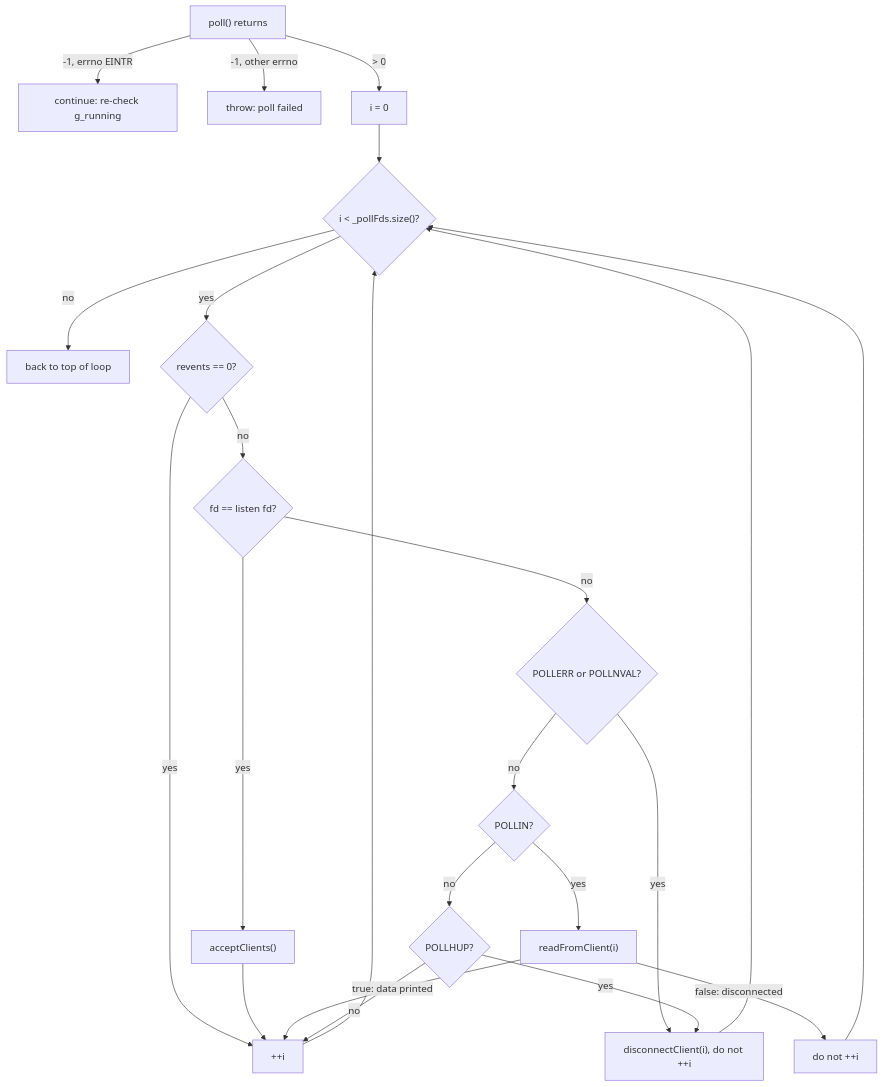
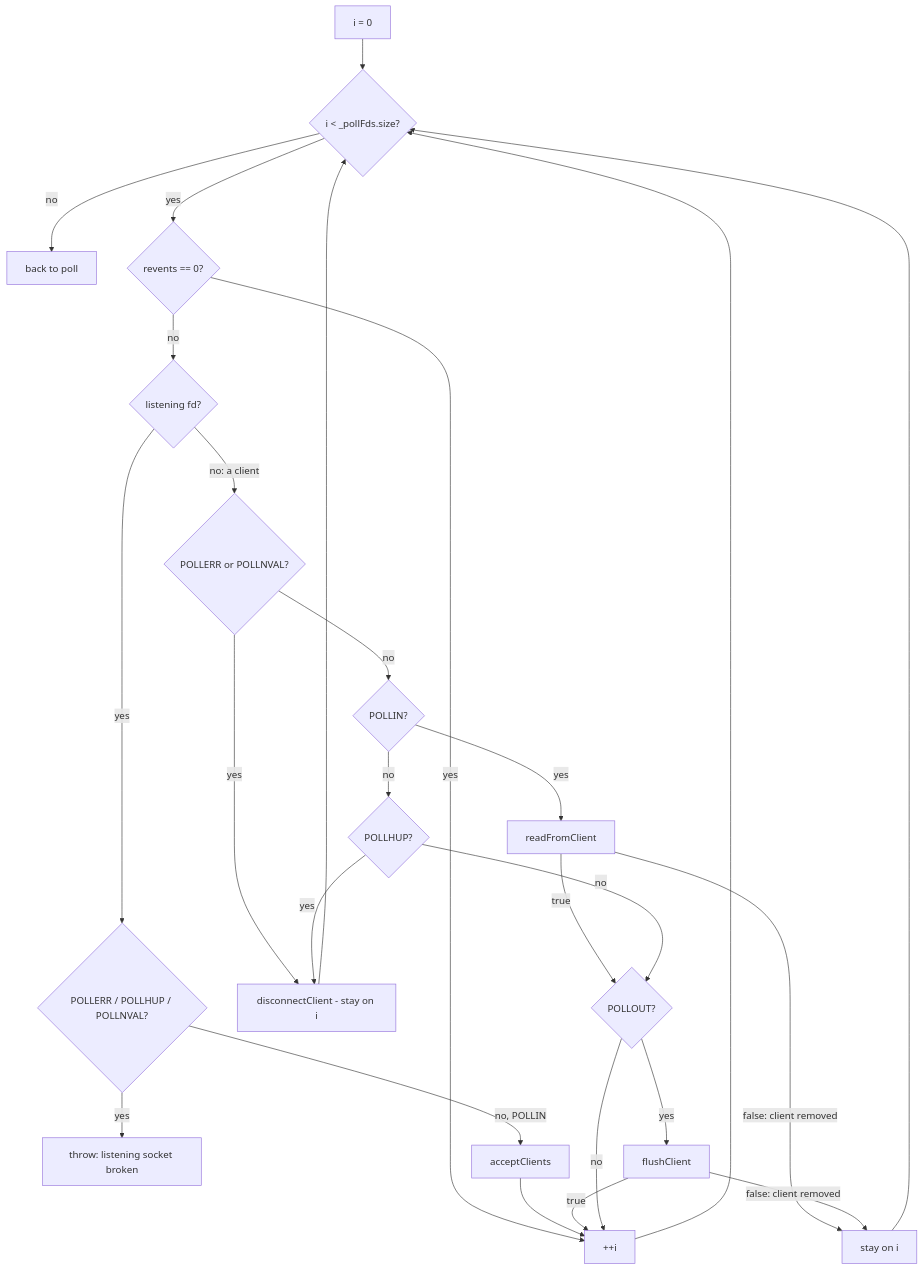
One commit to AAnaPereiraa/ft_irc changed the third of 10 diagrams in docs/accept-poll-workflow.md. Above: the diagram before and after it, drawn with Mermaid. The commit also changed other lines of this file, not shown here.

````diff
--- a/docs/accept-poll-workflow.md
+++ b/docs/accept-poll-workflow.md
@@ -93,24 +219,27 @@
 ```mermaid
 flowchart TD
-  P["poll() returns"] -->|"-1, errno EINTR"| R["continue: re-check g_running"]
-  P -->|"-1, other errno"| T["throw: poll failed"]
-  P -->|"> 0"| I["i = 0"]
-  I --> Q{"i < _pollFds.size()?"}
-  Q -->|"no"| DONE["back to top of loop"]
+  I["i = 0"] --> Q{"i < _pollFds.size?"}
+  Q -->|"no"| DONE["back to poll"]
   Q -->|"yes"| Z{"revents == 0?"}
   Z -->|"yes"| N["++i"]
-  Z -->|"no"| LF{"fd == listen fd?"}
-  LF -->|"yes"| ACC["acceptClients()"] --> N
-  LF -->|"no"| ER{"POLLERR or POLLNVAL?"}
-  ER -->|"yes"| DC["disconnectClient(i), do not ++i"]
+  Z -->|"no"| LF{"listening fd?"}
+  LF -->|"yes"| LE{"POLLERR / POLLHUP / POLLNVAL?"}
+  LE -->|"yes"| TH["throw: listening socket broken"]
+  LE -->|"no, POLLIN"| ACC["acceptClients"] --> N
+  LF -->|"no: a client"| ER{"POLLERR or POLLNVAL?"}
+  ER -->|"yes"| DC["disconnectClient - stay on i"]
   ER -->|"no"| IN{"POLLIN?"}
-  IN -->|"yes"| RD["readFromClient(i)"]
-  RD -->|"true: data printed"| N
-  RD -->|"false: disconnected"| DC2["do not ++i"]
+  IN -->|"yes"| RD["readFromClient"]
+  RD -->|"false: client removed"| STAY["stay on i"]
+  RD -->|"true"| OUT{"POLLOUT?"}
   IN -->|"no"| HU{"POLLHUP?"}
   HU -->|"yes"| DC
-  HU -->|"no"| N
+  HU -->|"no"| OUT
+  OUT -->|"yes"| FL["flushClient"]
+  FL -->|"false: client removed"| STAY
+  FL -->|"true"| N
+  OUT -->|"no"| N
   N --> Q
   DC --> Q
-  DC2 --> Q
+  STAY --> Q
 ```
````
